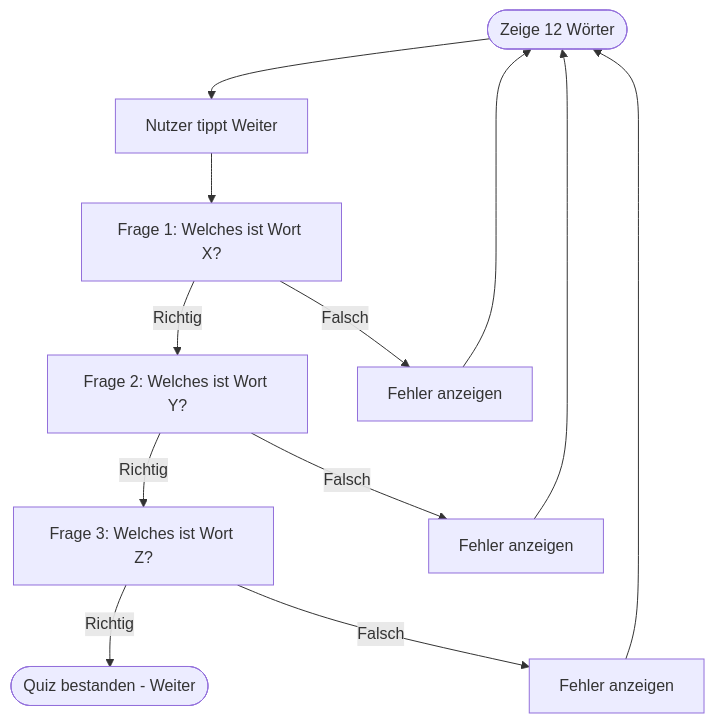
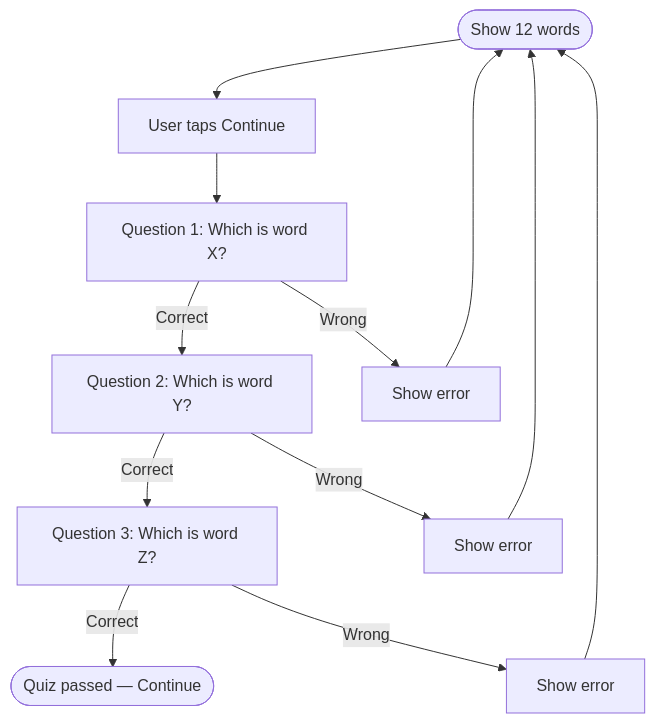
The sixth of 7 diagrams in docs/flows/01-onboarding-technical.md (IT4Change/web-of-trust), drawn with Mermaid before and after one commit. The commit also changed other lines of this file and 6 other files, not shown here.

````diff
--- a/docs/flows/01-onboarding-technical.md
+++ b/docs/flows/01-onboarding-technical.md
@@ -348,17 +358,17 @@
 ```mermaid
 flowchart TD
-    ShowPhrase(["Zeige 12 Wörter"]) --> UserReady["Nutzer tippt Weiter"]
-    
-    UserReady --> Q1["Frage 1: Welches ist Wort X?"]
-    Q1 -->|Richtig| Q2["Frage 2: Welches ist Wort Y?"]
-    Q1 -->|Falsch| Error1["Fehler anzeigen"]
+    ShowPhrase(["Show 12 words"]) --> UserReady["User taps Continue"]
+
+    UserReady --> Q1["Question 1: Which is word X?"]
+    Q1 -->|Correct| Q2["Question 2: Which is word Y?"]
+    Q1 -->|Wrong| Error1["Show error"]
     Error1 --> ShowPhrase
-    
-    Q2 -->|Richtig| Q3["Frage 3: Welches ist Wort Z?"]
-    Q2 -->|Falsch| Error2["Fehler anzeigen"]
+
+    Q2 -->|Correct| Q3["Question 3: Which is word Z?"]
+    Q2 -->|Wrong| Error2["Show error"]
     Error2 --> ShowPhrase
-    
-    Q3 -->|Richtig| Success(["Quiz bestanden - Weiter"])
-    Q3 -->|Falsch| Error3["Fehler anzeigen"]
+
+    Q3 -->|Correct| Success(["Quiz passed — Continue"])
+    Q3 -->|Wrong| Error3["Show error"]
     Error3 --> ShowPhrase
 ```
````
